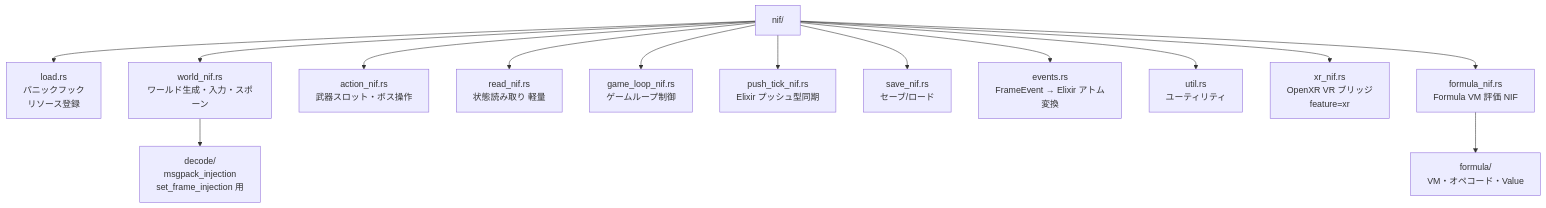
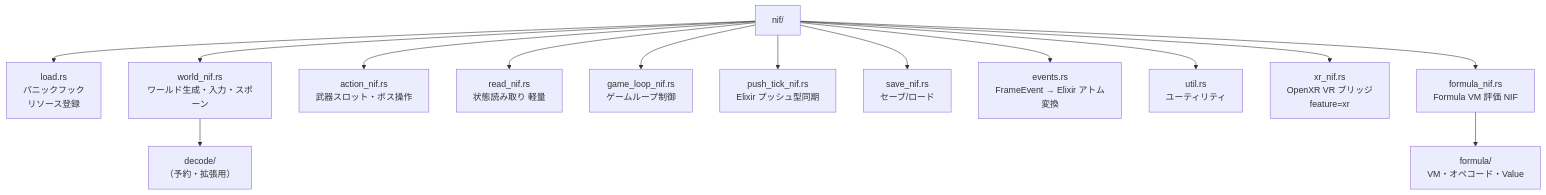
Before and after one commit to FRICK-ELDY/alchemy-engine: the second of 2 diagrams in docs/architecture/rust/nif.md, drawn with Mermaid. The commit also changed other lines of this file and 50 other files, not shown here.

````diff
--- a/docs/architecture/rust/nif.md
+++ b/docs/architecture/rust/nif.md
@@ -35,31 +35,31 @@
 ```mermaid
 graph TD
     NIF[nif/]
     LOAD[load.rs<br/>パニックフック<br/>リソース登録]
     WORLD[world_nif.rs<br/>ワールド生成・入力・スポーン]
     ACTION[action_nif.rs<br/>武器スロット・ボス操作]
     READ[read_nif.rs<br/>状態読み取り 軽量]
     LOOP[game_loop_nif.rs<br/>ゲームループ制御]
     PUSH[push_tick_nif.rs<br/>Elixir プッシュ型同期]
     SAVE[save_nif.rs<br/>セーブ/ロード]
     EVENTS[events.rs<br/>FrameEvent → Elixir アトム変換]
     UTIL[util.rs<br/>ユーティリティ]
-    DECODE[decode/<br/>msgpack_injection<br/>set_frame_injection 用]
+    DECODE[decode/<br/>（予約・拡張用）]
     XR[xr_nif.rs<br/>OpenXR VR ブリッジ<br/>feature=xr]
     FORMULA[formula_nif.rs<br/>Formula VM 評価 NIF]
     FORMULA_MOD[formula/<br/>VM・オペコード・Value]
 
     NIF --> LOAD
     NIF --> WORLD
     NIF --> ACTION
     NIF --> READ
     NIF --> LOOP
     NIF --> PUSH
     NIF --> SAVE
     NIF --> EVENTS
     NIF --> UTIL
     WORLD --> DECODE
     NIF --> XR
     NIF --> FORMULA
     FORMULA --> FORMULA_MOD
 ```
````
